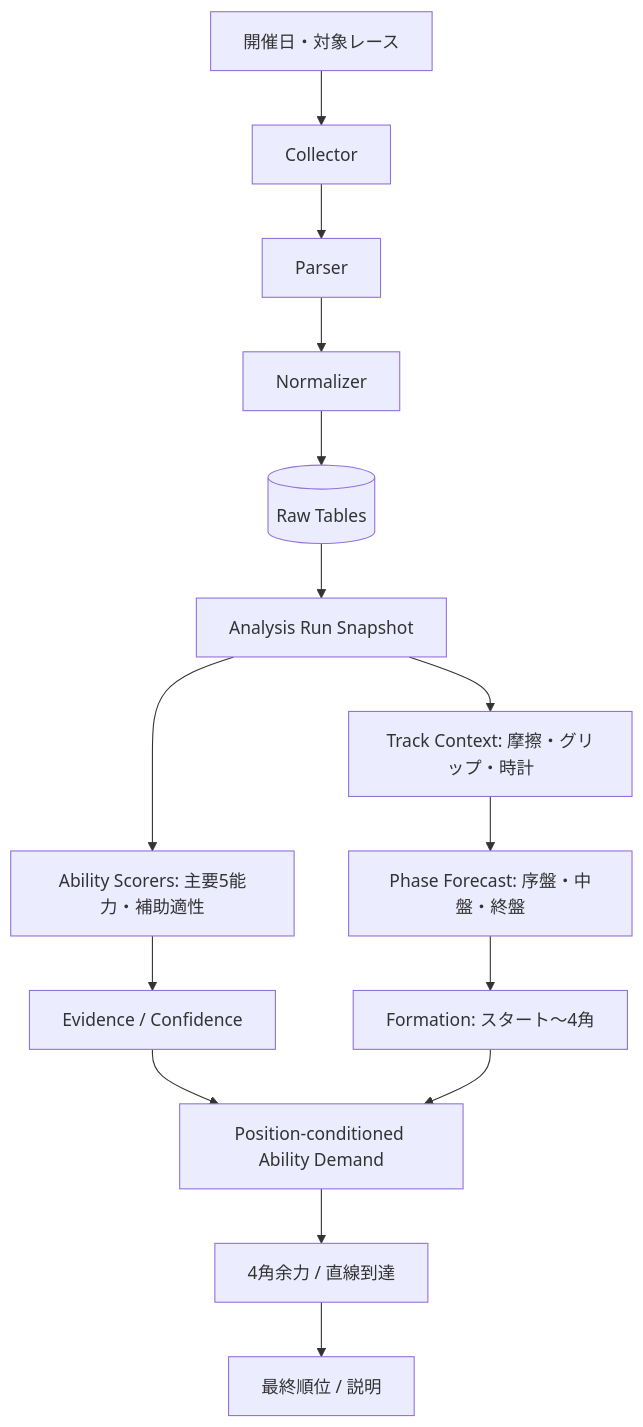
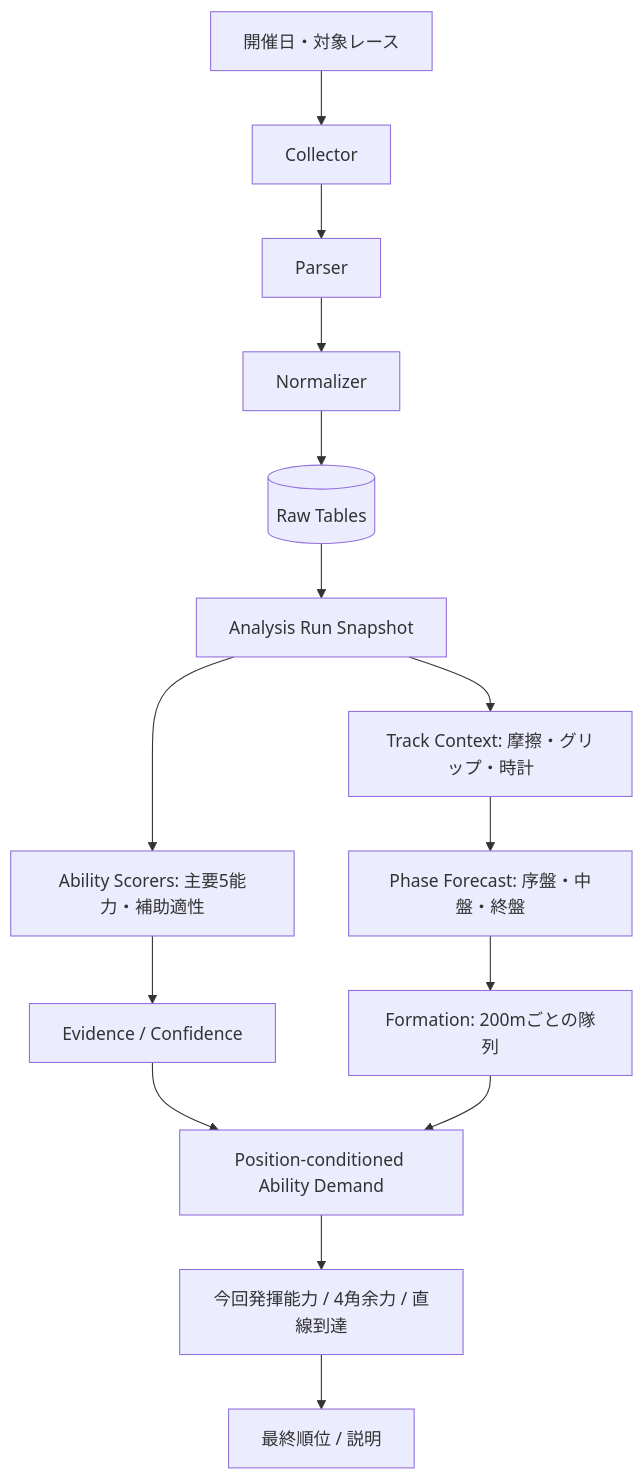
Before and after one commit to ItouHinata/keiba-analyzer-public: the diagram in docs/architecture.md, drawn with Mermaid. The commit also changed other lines of this file and 12 other files, not shown here.

````diff
--- a/docs/architecture.md
+++ b/docs/architecture.md
@@ -5,17 +5,17 @@
 ```mermaid
 flowchart TD
     A[開催日・対象レース] --> B[Collector]
     B --> C[Parser]
     C --> D[Normalizer]
     D --> E[(Raw Tables)]
     E --> F[Analysis Run Snapshot]
     F --> G[Track Context: 摩擦・グリップ・時計]
     F --> H[Ability Scorers: 主要5能力・補助適性]
     G --> I[Phase Forecast: 序盤・中盤・終盤]
     H --> J[Evidence / Confidence]
-    I --> K[Formation: スタート〜4角]
+    I --> K[Formation: 200mごとの隊列]
     J --> L[Position-conditioned Ability Demand]
     K --> L
-    L --> M[4角余力 / 直線到達]
+    L --> M[今回発揮能力 / 4角余力 / 直線到達]
     M --> N[最終順位 / 説明]
 ```
````
